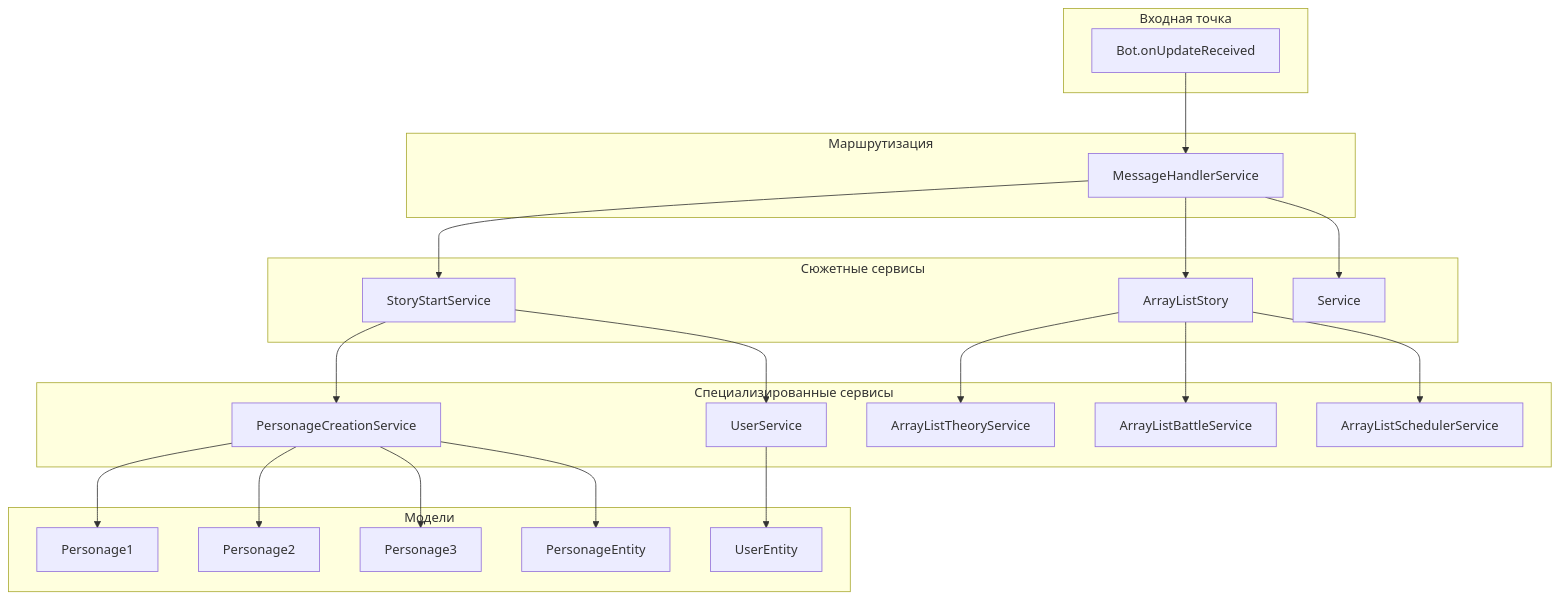
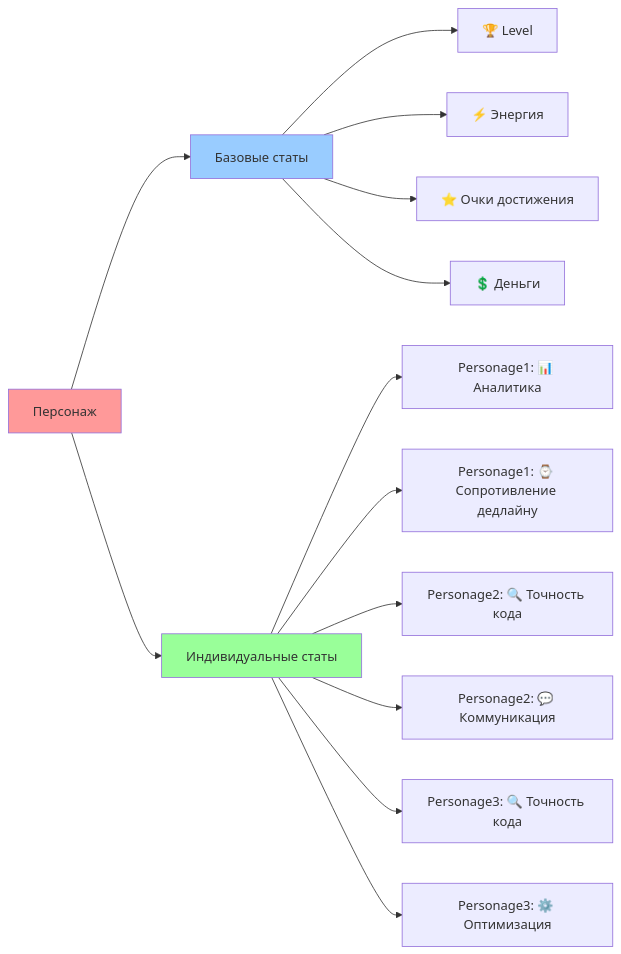
The fifth of 11 diagrams in STORY_DIAGRAMS.md (CodeHacker23/TG_BOT_PRAKTIKA_18_05_25), drawn with Mermaid before and after one commit. The commit also changed other lines of this file and 13 other files, not shown here.

````diff
--- a/STORY_DIAGRAMS.md
+++ b/STORY_DIAGRAMS.md
@@ -152,47 +216,21 @@
 ```mermaid
-graph TB
-    subgraph "Входная точка"
-        A[Bot.onUpdateReceived]
-    end
+graph LR
+    A[Персонаж] --> B[Базовые статы]
+    A --> C[Индивидуальные статы]
     
-    subgraph "Маршрутизация"
-        B[MessageHandlerService]
-    end
+    B --> D[🏆 Level]
+    B --> E[⚡ Энергия]
+    B --> F[⭐ Очки достижения]
+    B --> G[💲 Деньги]
     
-    subgraph "Сюжетные сервисы"
-        C[StoryStartService]
-        D[ArrayListStory]
-        E[Service]
-    end
+    C --> H[Personage1: 📊 Аналитика]
+    C --> I[Personage1: ⌚ Сопротивление дедлайну]
+    C --> J[Personage2: 🔍 Точность кода]
+    C --> K[Personage2: 💬 Коммуникация]
+    C --> L[Personage3: 🔍 Точность кода]
+    C --> M[Personage3: ⚙️ Оптимизация]
     
-    subgraph "Специализированные сервисы"
-        F[ArrayListTheoryService]
-        G[ArrayListBattleService]
-        H[ArrayListSchedulerService]
-        I[PersonageCreationService]
-        J[UserService]
-    end
-    
-    subgraph "Модели"
-        K[Personage1]
-        L[Personage2]
-        M[Personage3]
-        N[UserEntity]
-        O[PersonageEntity]
-    end
-    
-    A --> B
-    B --> C
-    B --> D
-    B --> E
-    D --> F
-    D --> G
-    D --> H
-    C --> I
-    C --> J
-    I --> K
-    I --> L
-    I --> M
-    J --> N
-    I --> O
+    style A fill:#ff9999
+    style B fill:#99ccff
+    style C fill:#99ff99
 ```
````
